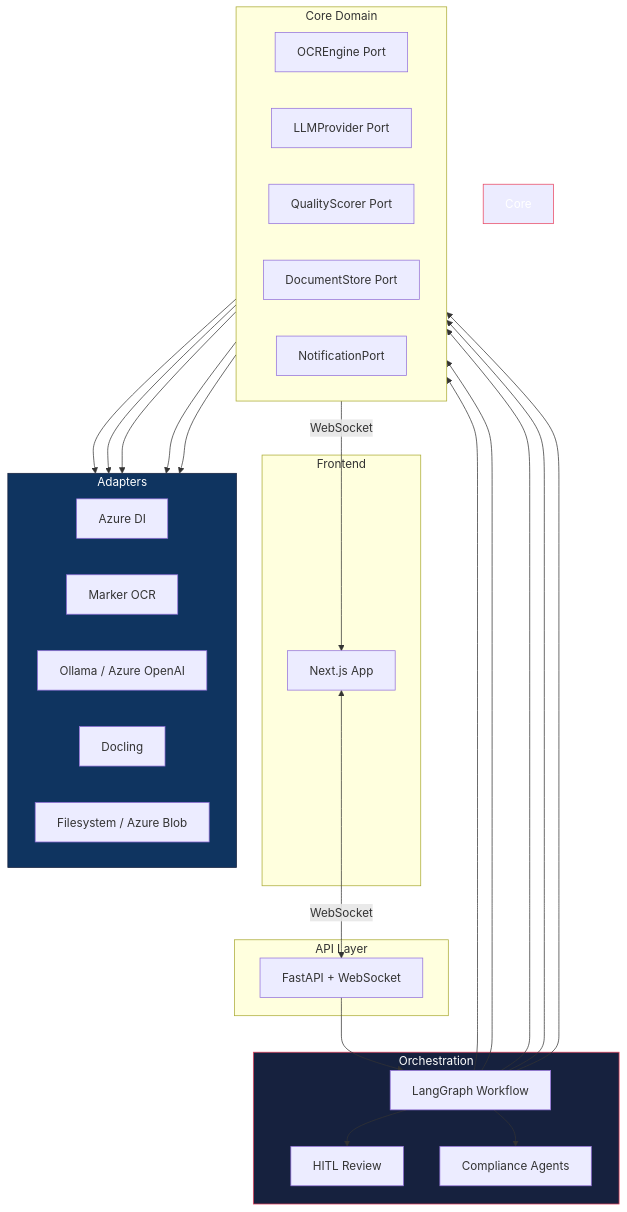
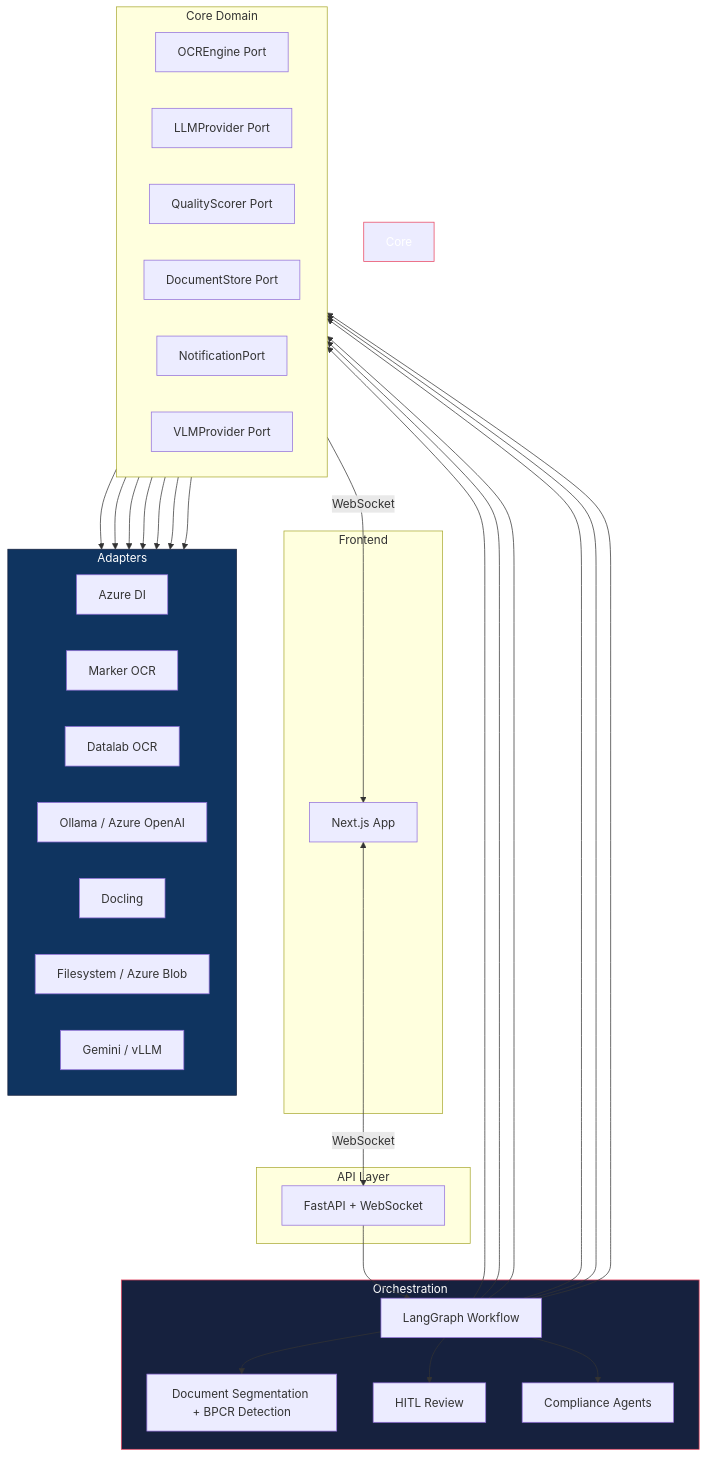
One commit to auropro-hyd/Docs-digitization changed the first of 2 diagrams in README.md. Above: the diagram before and after it, drawn with Mermaid. The commit also changed other lines of this file and 8 other files, not shown here.

````diff
--- a/README.md
+++ b/README.md
@@ -11,49 +13,55 @@
 ```mermaid
 graph TB
     subgraph Frontend
         UI[Next.js App]
     end
 
     subgraph API Layer
         FA[FastAPI + WebSocket]
     end
 
     subgraph Orchestration
         LG[LangGraph Workflow]
+        SEG[Document Segmentation + BPCR Detection]
         HITL[HITL Review]
         COMP[Compliance Agents]
     end
 
     subgraph Core Domain
         direction LR
         P1[OCREngine Port]
         P2[LLMProvider Port]
         P3[QualityScorer Port]
         P4[DocumentStore Port]
         P5[NotificationPort]
+        P6[VLMProvider Port]
     end
 
     subgraph Adapters
         direction LR
         A1[Azure DI]
         A2[Marker OCR]
-        A3[Ollama / Azure OpenAI]
-        A4[Docling]
-        A5[Filesystem / Azure Blob]
+        A3[Datalab OCR]
+        A4[Ollama / Azure OpenAI]
+        A5[Docling]
+        A6[Filesystem / Azure Blob]
+        A7[Gemini / vLLM]
     end
 
     UI <-->|WebSocket| FA
     FA --> LG
+    LG --> SEG
     LG --> HITL
     LG --> COMP
-    LG --> P1 & P2 & P3 & P4 & P5
-    P1 --> A1 & A2
-    P2 --> A3
-    P3 --> A4
-    P4 --> A5
+    LG --> P1 & P2 & P3 & P4 & P5 & P6
+    P1 --> A1 & A2 & A3
+    P2 --> A4
+    P3 --> A5
+    P4 --> A6
+    P6 --> A7
     P5 -->|WebSocket| UI
 
     style Core Domain fill:#1a1a2e,stroke:#e94560,color:#fff
     style Adapters fill:#0f3460,stroke:#16213e,color:#fff
     style Orchestration fill:#16213e,stroke:#e94560,color:#fff
 ```
````
